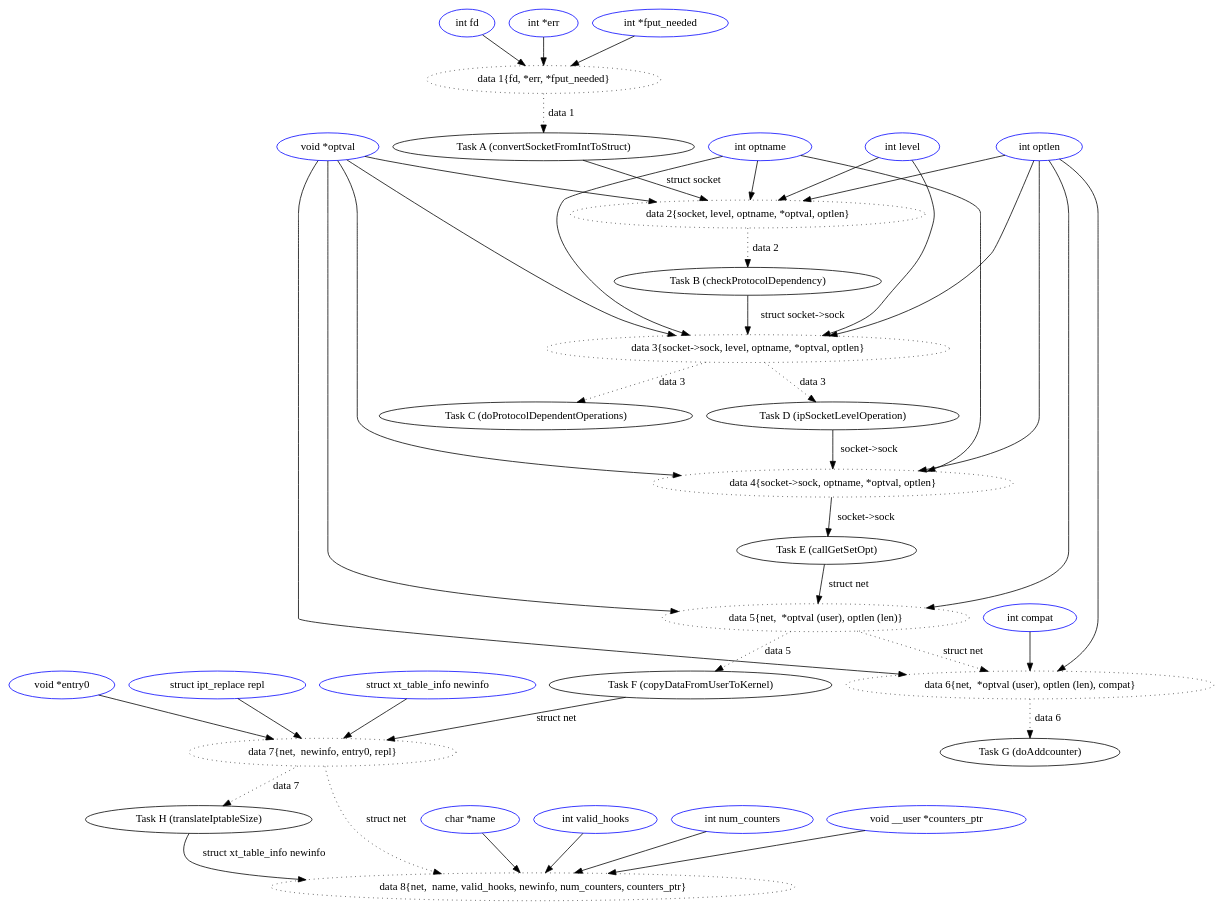
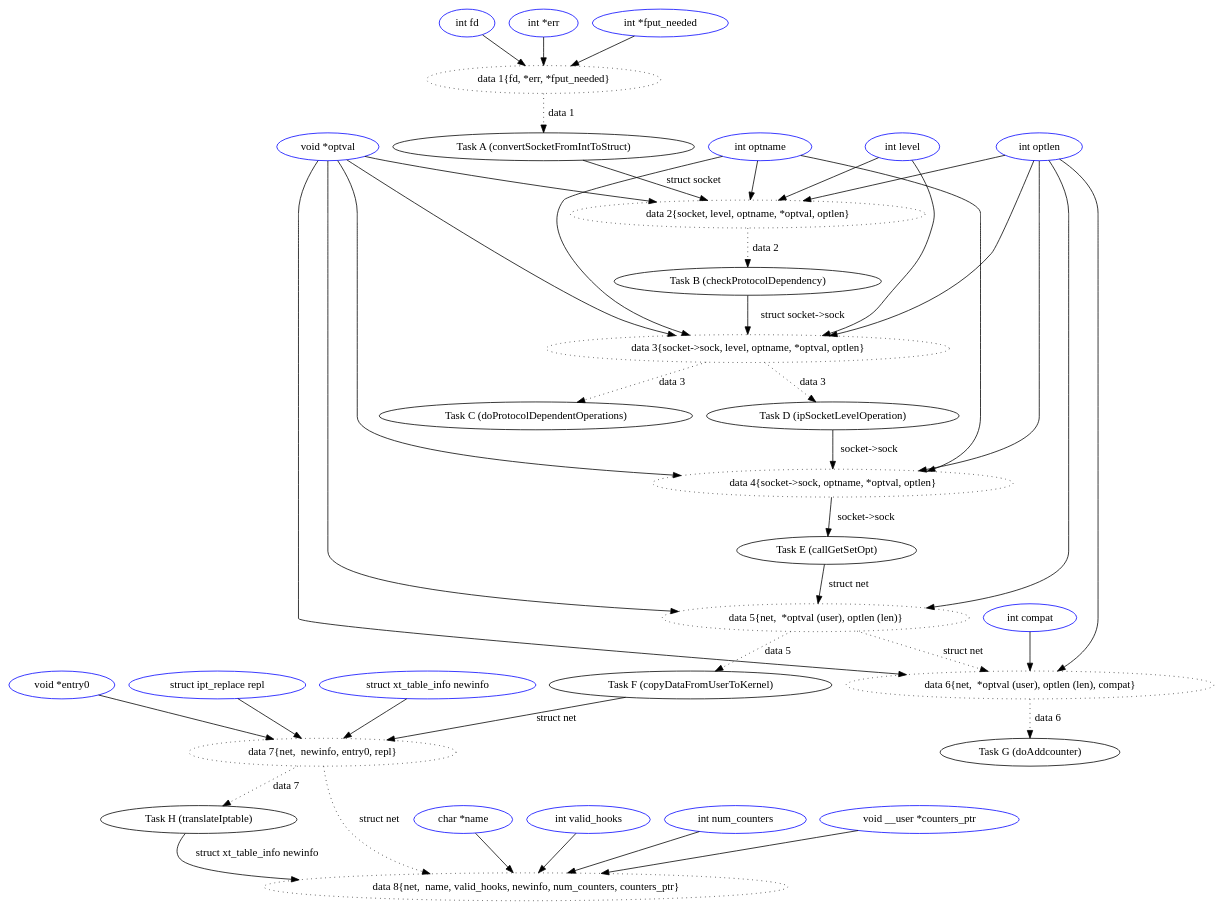
The diagram in Example2/example2.dot (Samuel-Oglegba/Research-Examples), drawn with Graphviz before and after one commit.

Commit message:
dot representation of example2

```diff
--- a/Example2/example2.dot
+++ b/Example2/example2.dot
@@ -1,86 +1,86 @@
 digraph callgraph {
 "int fd" [color=blue];
 "int *err" [color=blue];
 "int *fput_needed" [color=blue];
 "data 1{fd, *err, *fput_needed}"[style=dotted];
 
 "int fd" -> "data 1{fd, *err, *fput_needed}";
 "int *err" -> "data 1{fd, *err, *fput_needed}";
 "int *fput_needed" -> "data 1{fd, *err, *fput_needed}";
 
 "data 1{fd, *err, *fput_needed}"->"Task A (convertSocketFromIntToStruct)"  [label="data 1", style=dotted];
 
 
 "int level" [color=blue];
 "int optname" [color=blue];
 "void *optval" [color=blue];
 "int optlen" [color=blue];
 "data 2{socket, level, optname, *optval, optlen}" [style=dotted];
 
 "Task A (convertSocketFromIntToStruct)" -> "data 2{socket, level, optname, *optval, optlen}"  [label="struct socket"];
 "int level" -> "data 2{socket, level, optname, *optval, optlen}";
 "int optname" -> "data 2{socket, level, optname, *optval, optlen}";
 "void *optval" -> "data 2{socket, level, optname, *optval, optlen}";
 "int optlen" -> "data 2{socket, level, optname, *optval, optlen}";
 "data 2{socket, level, optname, *optval, optlen}" -> "Task B (checkProtocolDependency)"  [label="data 2", style=dotted];
 
 
 "data 3{socket->sock, level, optname, *optval, optlen}" [style=dotted];
 "Task B (checkProtocolDependency)" -> "data 3{socket->sock, level, optname, *optval, optlen}"  [label="struct socket->sock"];
 "int level" -> "data 3{socket->sock, level, optname, *optval, optlen}";
 "int optname" -> "data 3{socket->sock, level, optname, *optval, optlen}";
 "void *optval" -> "data 3{socket->sock, level, optname, *optval, optlen}";
 "int optlen" -> "data 3{socket->sock, level, optname, *optval, optlen}";
 "data 3{socket->sock, level, optname, *optval, optlen}" -> "Task C (doProtocolDependentOperations)" [label="data 3", style=dotted];
 "data 3{socket->sock, level, optname, *optval, optlen}" -> "Task D (ipSocketLevelOperation)" [label="data 3", style=dotted];
 
 
 "data 4{socket->sock, optname, *optval, optlen}" [style=dotted];
 "Task D (ipSocketLevelOperation)" -> "data 4{socket->sock, optname, *optval, optlen}" [label="socket->sock"];
 "int optname" -> "data 4{socket->sock, optname, *optval, optlen}";
 "void *optval" -> "data 4{socket->sock, optname, *optval, optlen}";
 "int optlen" -> "data 4{socket->sock, optname, *optval, optlen}";
 "data 4{socket->sock, optname, *optval, optlen}" -> "Task E (callGetSetOpt)" [label="socket->sock"];
 
 
 "data 5{net,  *optval (user), optlen (len)}" [style=dotted];
 "Task E (callGetSetOpt)" -> "data 5{net,  *optval (user), optlen (len)}"  [label="struct net"];
 "void *optval" -> "data 5{net,  *optval (user), optlen (len)}"
 "int optlen" -> "data 5{net,  *optval (user), optlen (len)}"
 "data 5{net,  *optval (user), optlen (len)}"-> "Task F (copyDataFromUserToKernel)" [label="data 5", style=dotted];
 
 
 "data 6{net,  *optval (user), optlen (len), compat}" [style=dotted];
 "int compat"[color=blue];
 "int compat" -> "data 6{net,  *optval (user), optlen (len), compat}";
 "void *optval" -> "data 6{net,  *optval (user), optlen (len), compat}";
 "int optlen" -> "data 6{net,  *optval (user), optlen (len), compat}";
 "data 5{net,  *optval (user), optlen (len)}" -> "data 6{net,  *optval (user), optlen (len), compat}" [label="struct net", style=dotted];
 
 "data 6{net,  *optval (user), optlen (len), compat}" -> "Task G (doAddcounter)" [label="data 6",style=dotted];
 
 "data 7{net,  newinfo, entry0, repl}"[style=dotted];
 "struct xt_table_info newinfo" [color=blue];
 "void *entry0" [color=blue];
 "struct ipt_replace repl" [color=blue];
 "Task F (copyDataFromUserToKernel)" -> "data 7{net,  newinfo, entry0, repl}" [label="struct net"];
 "struct xt_table_info newinfo" -> "data 7{net,  newinfo, entry0, repl}" 
 "void *entry0" -> "data 7{net,  newinfo, entry0, repl}" 
 "struct ipt_replace repl" -> "data 7{net,  newinfo, entry0, repl}" 
-"data 7{net,  newinfo, entry0, repl}" -> "Task H (translateIptableSize)" [label="data 7", style=dotted];
+"data 7{net,  newinfo, entry0, repl}" -> "Task H (translateIptable)" [label="data 7", style=dotted];
 
 "data 8{net,  name, valid_hooks, newinfo, num_counters, counters_ptr}" [style=dotted];
 "char *name" [color=blue];
 "int valid_hooks" [color=blue];
 "int num_counters" [color=blue];
 "void __user *counters_ptr" [color=blue];
 
-"Task H (translateIptableSize)" -> "data 8{net,  name, valid_hooks, newinfo, num_counters, counters_ptr}"  [label="struct xt_table_info newinfo"];
+"Task H (translateIptable)" -> "data 8{net,  name, valid_hooks, newinfo, num_counters, counters_ptr}"  [label="struct xt_table_info newinfo"];
 "char *name" -> "data 8{net,  name, valid_hooks, newinfo, num_counters, counters_ptr}" ;
 "int valid_hooks"-> "data 8{net,  name, valid_hooks, newinfo, num_counters, counters_ptr}" ;
 "int num_counters" -> "data 8{net,  name, valid_hooks, newinfo, num_counters, counters_ptr}";
 "void __user *counters_ptr" -> "data 8{net,  name, valid_hooks, newinfo, num_counters, counters_ptr}";
 "data 7{net,  newinfo, entry0, repl}"  -> "data 8{net,  name, valid_hooks, newinfo, num_counters, counters_ptr}" [label="struct net", style=dotted];
 
 
 }
```
